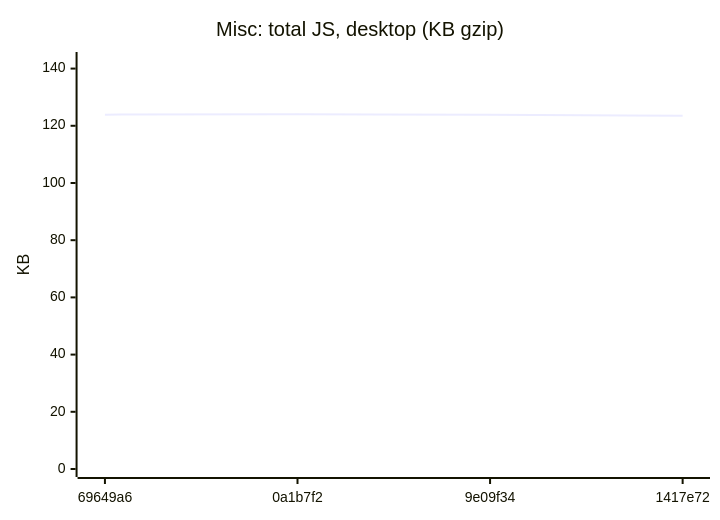
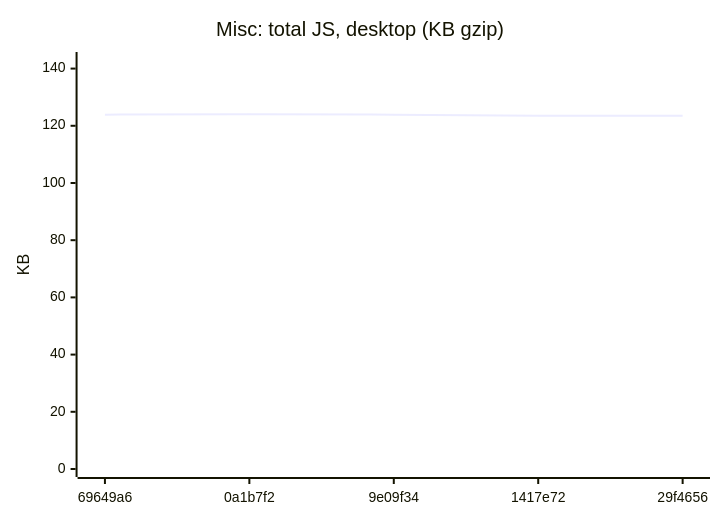
The seventh of 18 diagrams in README.md (AxelUser/maltsev.space), drawn with Mermaid before and after one commit. The commit also changed other lines of this file and 1 other file, not shown here.

````diff
--- a/README.md
+++ b/README.md
@@ -89,7 +89,7 @@
 ```mermaid
 xychart-beta
   title "Misc: total JS, desktop (KB gzip)"
-  x-axis ["69649a6", "0a1b7f2", "9e09f34", "1417e72"]
+  x-axis ["69649a6", "0a1b7f2", "9e09f34", "1417e72", "29f4656"]
   y-axis "KB" 0 --> 143
-  line [123.9, 124, 123.9, 123.5]
+  line [123.9, 124, 123.9, 123.5, 123.5]
 ```
````
